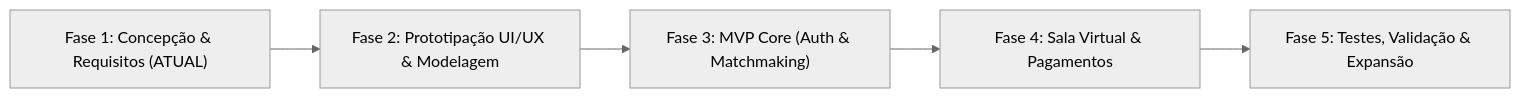
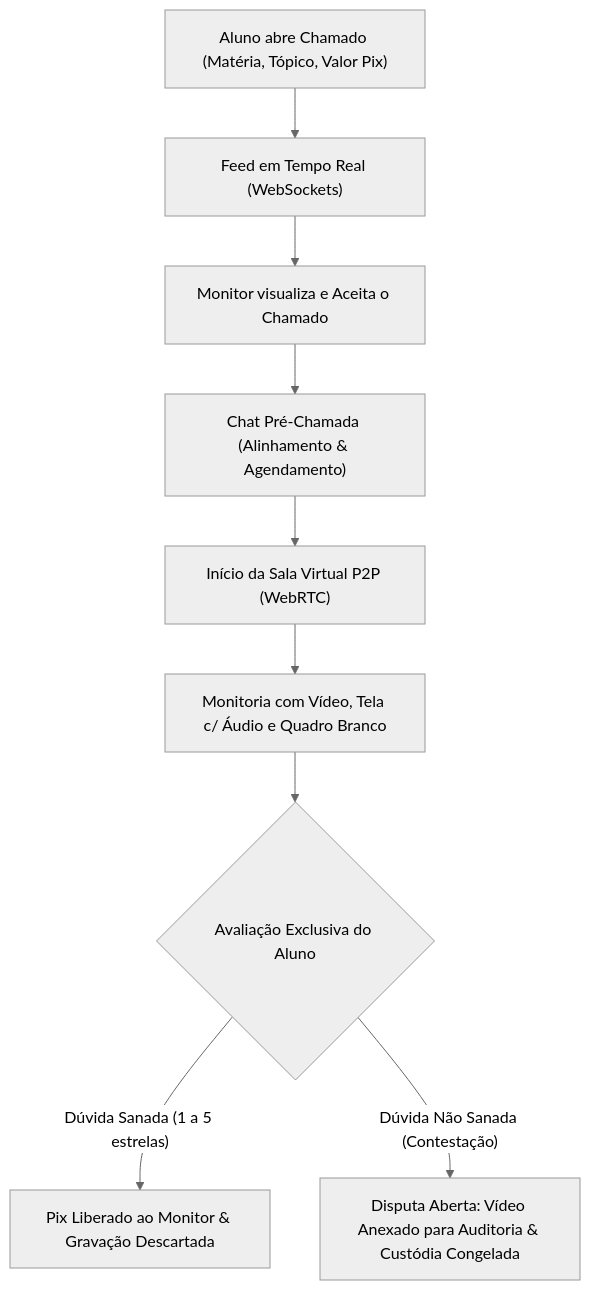
One commit to GabrYelM/hintlink changed the diagram in Readme.md. Above: the diagram before and after it, drawn with Mermaid (neutral theme). The commit also changed other lines of this file, not shown here.

Commit message:
docs: update README with implemented features, WebRTC screen share, SIGAA parser, and LAN setup

````diff
--- a/Readme.md
+++ b/Readme.md
@@ -38,7 +37,11 @@
 ```mermaid
-flowchart LR
-    A["Fase 1: Concepção & Requisitos (ATUAL)"] --> B["Fase 2: Prototipação UI/UX & Modelagem"]
-    B --> C["Fase 3: MVP Core (Auth & Matchmaking)"]
-    C --> D["Fase 4: Sala Virtual & Pagamentos"]
-    D --> E["Fase 5: Testes, Validação & Expansão"]
+flowchart TD
+    A["Aluno abre Chamado (Matéria, Tópico, Valor Pix)"] --> B["Feed em Tempo Real (WebSockets)"]
+    B --> C["Monitor visualiza e Aceita o Chamado"]
+    C --> D["Chat Pré-Chamada (Alinhamento & Agendamento)"]
+    D --> E["Início da Sala Virtual P2P (WebRTC)"]
+    E --> F["Monitoria com Vídeo, Tela c/ Áudio e Quadro Branco"]
+    F --> G{"Avaliação Exclusiva do Aluno"}
+    G -- "Dúvida Sanada (1 a 5 estrelas)" --> H["Pix Liberado ao Monitor & Gravação Descartada"]
+    G -- "Dúvida Não Sanada (Contestação)" --> I["Disputa Aberta: Vídeo Anexado para Auditoria & Custódia Congelada"]
 ```
````
